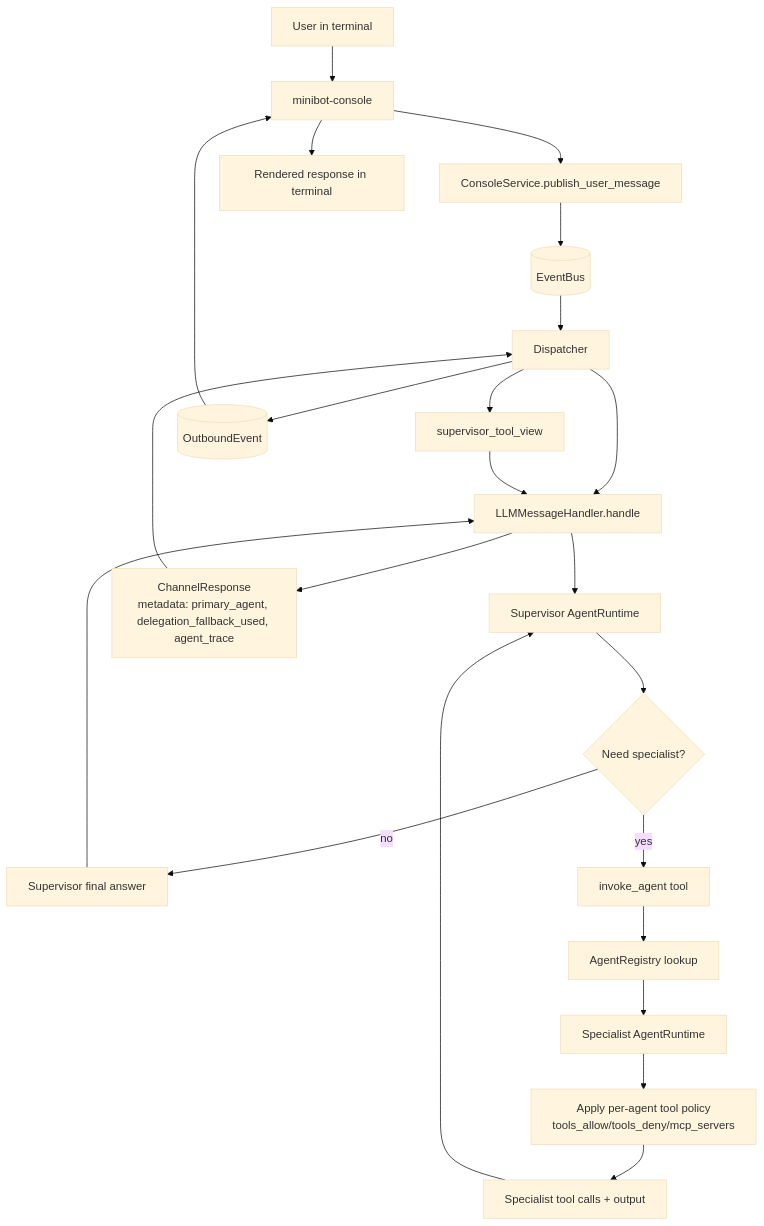
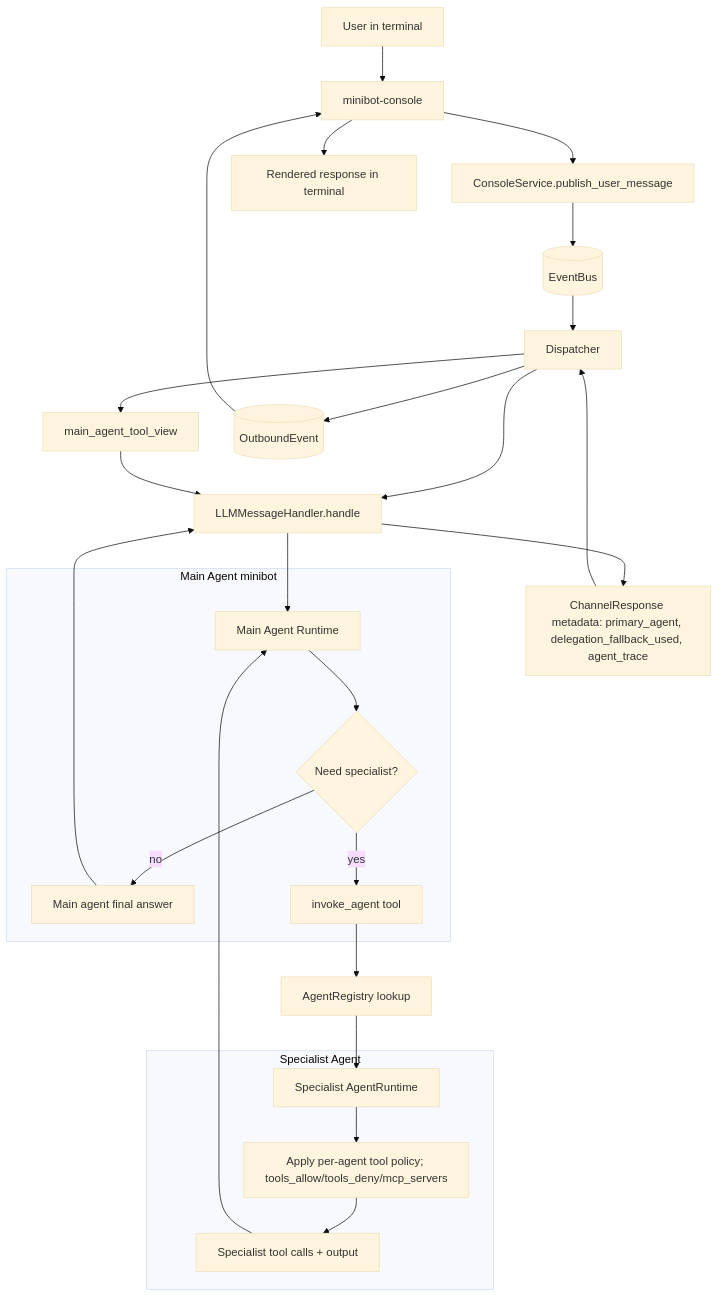
Before and after one commit to sonic182/minibot: the diagram in ARCHITECTURE.md, drawn with Mermaid (base theme). The commit also changed other lines of this file and 9 other files, not shown here.

Commit message:
no supervisor, main agent instead

````diff
--- a/ARCHITECTURE.md
+++ b/ARCHITECTURE.md
@@ -129,27 +129,53 @@
 ```mermaid
 flowchart TD
     U[User in terminal] --> C[minibot-console]
     C --> CS[ConsoleService.publish_user_message]
     CS --> EB[(EventBus)]
     EB --> D[Dispatcher]
-    D --> STV[supervisor_tool_view]
+    D --> STV[main_agent_tool_view]
     D --> H[LLMMessageHandler.handle]
 
     STV --> H
-    H --> SUP[Supervisor AgentRuntime]
-    SUP --> DEC{Need specialist?}
-    DEC -->|no| FINAL[Supervisor final answer]
-    DEC -->|yes| IA[invoke_agent tool]
+    H --> SUP
+
+    SUP[Main Agent Runtime]
+    DEC{Need specialist?}
+    FINAL[Main agent final answer]
+    IA[invoke_agent tool]
+
+    subgraph MAIN[Main Agent minibot]
+        SUP
+        DEC
+        FINAL
+        IA
+    end
+
+    SUP --> DEC
+    DEC -->|no| FINAL
+    DEC -->|yes| IA
+
     IA --> AR[AgentRegistry lookup]
-    AR --> S[Specialist AgentRuntime]
-    S --> TP[Apply per-agent tool policy<br/>tools_allow/tools_deny/mcp_servers]
-    TP --> T[Specialist tool calls + output]
+
+    S[Specialist AgentRuntime]
+    TP[Apply per-agent tool policy; tools_allow/tools_deny/mcp_servers]
+    T[Specialist tool calls + output]
+
+    subgraph SPEC[Specialist Agent]
+        S
+        TP
+        T
+    end
+
+    S --> TP
+    TP --> T
+
+    AR --> S
     T --> SUP
     FINAL --> H
 
-    H --> RESP[ChannelResponse<br/>metadata: primary_agent, delegation_fallback_used, agent_trace]
+    H --> RESP[ChannelResponse metadata: primary_agent, delegation_fallback_used, agent_trace]
     RESP --> D
     D --> EB2[(OutboundEvent)]
     EB2 --> C
     C --> U2[Rendered response in terminal]
 ```
````
